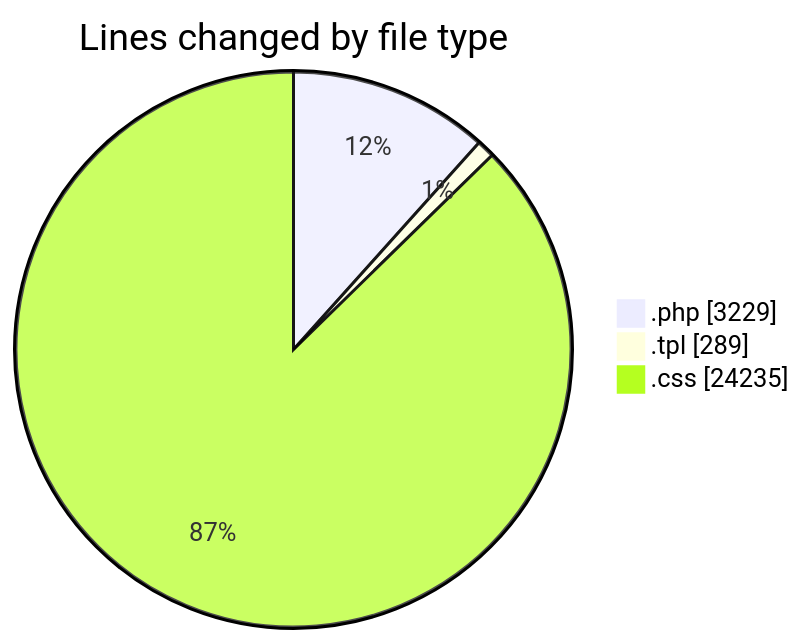
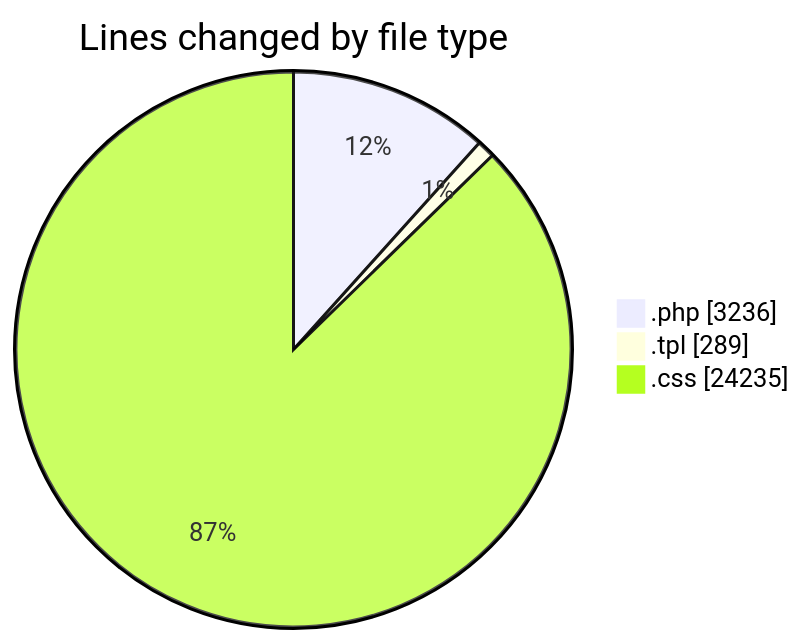
One commit to vahidmafi/code-tracking changed the first of 2 diagrams in 2025-04-18/zeytoon/README.md. Above: the diagram before and after it, drawn with Mermaid. The commit also changed other lines of this file and 1 other file, not shown here.

````diff
--- a/2025-04-18/zeytoon/README.md
+++ b/2025-04-18/zeytoon/README.md
@@ -26,7 +26,7 @@
 ```mermaid
 pie showData
 title Lines changed by file type
-".php" : 3229
+".php" : 3236
 ".tpl" : 289
 ".css" : 24235
 ```
````
